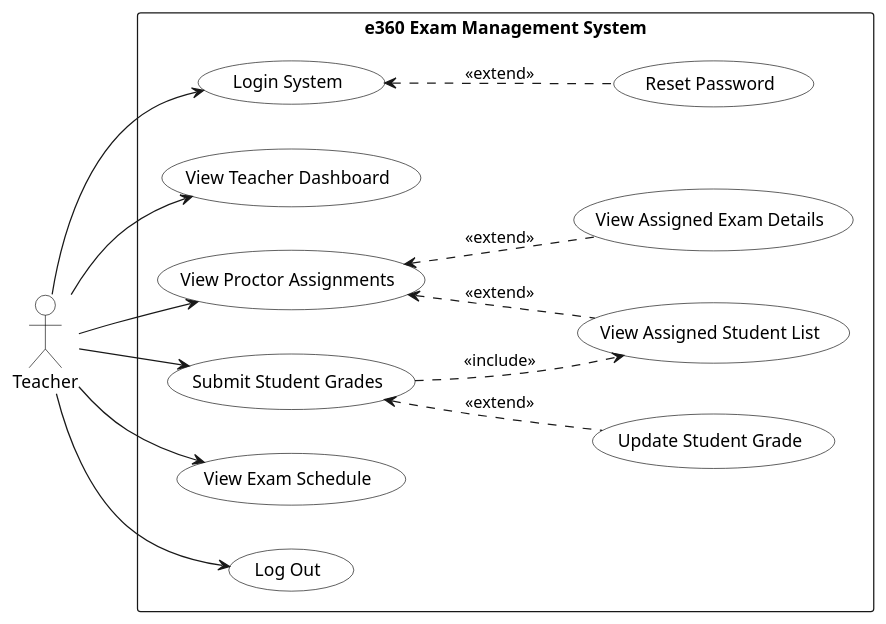
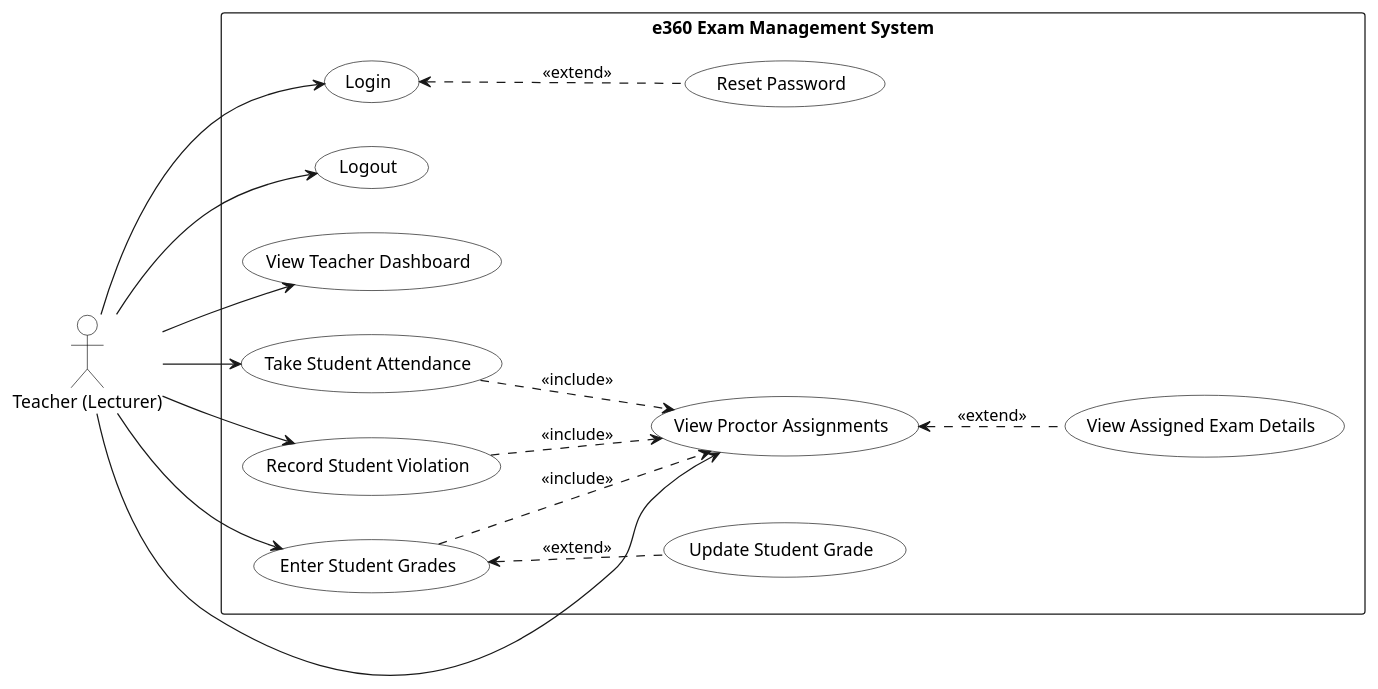
One commit to nguyenluongk2k4/prj-prn232 changed the diagram in docs/use_cases/uc_teacher.puml. Above: the diagram before and after it, drawn with PlantUML. The commit also changed 3 other files, not shown here.

```diff
--- a/docs/use_cases/uc_teacher.puml
+++ b/docs/use_cases/uc_teacher.puml
@@ -1,49 +1,52 @@
 @startuml
 ' 2.2.3 UCs for Teacher (Lecturer)
 left to right direction
 skinparam packageStyle rectangle
 skinparam usecase {
     BackgroundColor White
     BorderColor Black
 }
 skinparam actor {
     BackgroundColor White
     BorderColor Black
 }
 
-actor "Teacher" as teacher
+actor "Teacher (Lecturer)" as teacher
 
 rectangle "e360 Exam Management System" {
-    usecase "Login System" as UC_LOGIN
+
+    usecase "Login" as UC_LOGIN
     usecase "Reset Password" as UC_RESET
+    usecase "Logout" as UC_LOGOUT
 
     usecase "View Teacher Dashboard" as UC_DASHBOARD
 
-    usecase "View Proctor Assignments" as UC_VIEW_PROCTOR
+    usecase "View Proctor Assignments" as UC_VIEW_ASSIGN
     usecase "View Assigned Exam Details" as UC_EXAM_DETAIL
-    usecase "View Assigned Student List" as UC_STUDENT_LIST
 
-    usecase "Submit Student Grades" as UC_SUBMIT_GRADE
+    usecase "Take Student Attendance" as UC_ATTENDANCE
+    usecase "Record Student Violation" as UC_VIOLATION
+
+    usecase "Enter Student Grades" as UC_ENTER_GRADE
     usecase "Update Student Grade" as UC_UPDATE_GRADE
 
-    usecase "View Exam Schedule" as UC_EXAM_SCHEDULE
-
-    usecase "Log Out" as UC_LOGOUT
 }
 
 teacher --> UC_LOGIN
+teacher --> UC_LOGOUT
 teacher --> UC_DASHBOARD
-teacher --> UC_VIEW_PROCTOR
-teacher --> UC_SUBMIT_GRADE
-teacher --> UC_EXAM_SCHEDULE
-teacher --> UC_LOGOUT
-
+teacher --> UC_VIEW_ASSIGN
+teacher --> UC_ATTENDANCE
+teacher --> UC_VIOLATION
+teacher --> UC_ENTER_GRADE
 UC_LOGIN <.. UC_RESET : <<extend>>
 
-UC_VIEW_PROCTOR <.. UC_EXAM_DETAIL : <<extend>>
-UC_VIEW_PROCTOR <.. UC_STUDENT_LIST : <<extend>>
+UC_VIEW_ASSIGN <.. UC_EXAM_DETAIL : <<extend>>
 
-UC_SUBMIT_GRADE <.. UC_UPDATE_GRADE : <<extend>>
-UC_SUBMIT_GRADE ..> UC_STUDENT_LIST : <<include>>
+UC_ATTENDANCE ..> UC_VIEW_ASSIGN : <<include>>
+UC_VIOLATION ..> UC_VIEW_ASSIGN : <<include>>
+
+UC_ENTER_GRADE <.. UC_UPDATE_GRADE : <<extend>>
+UC_ENTER_GRADE ..> UC_VIEW_ASSIGN : <<include>>
 
 @enduml
```
